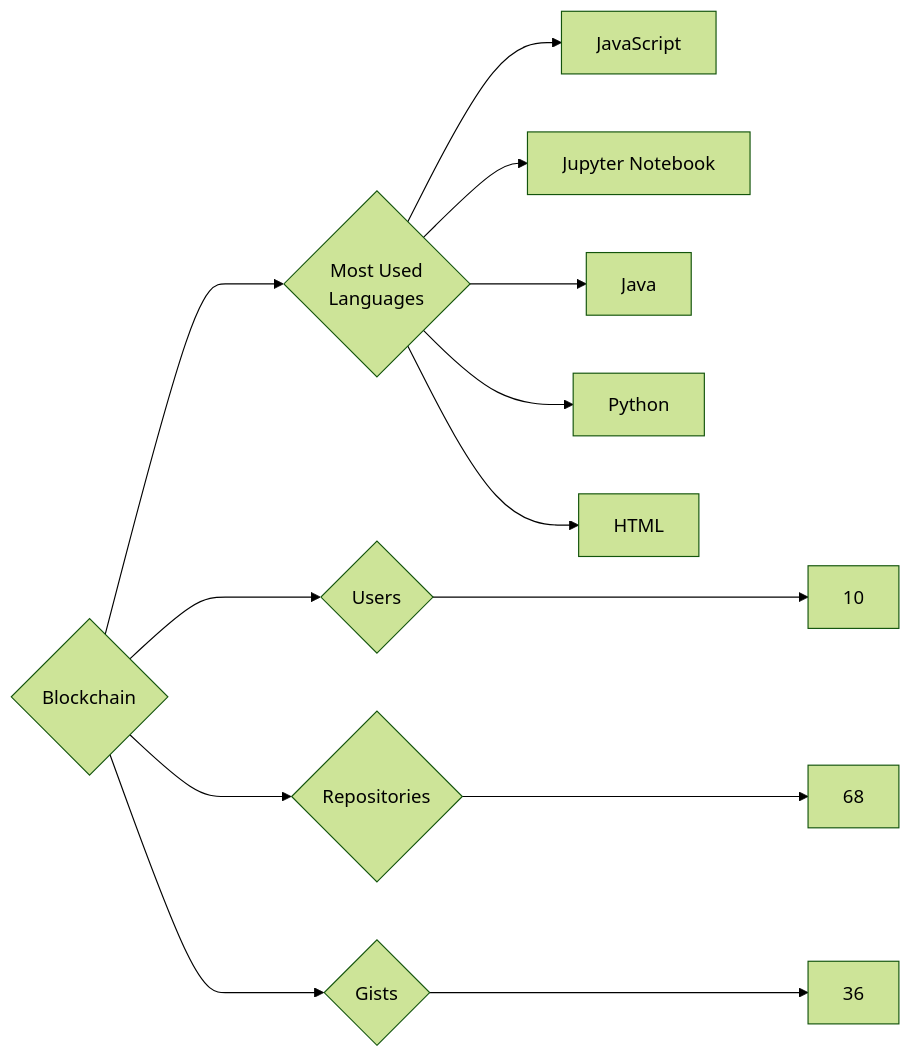
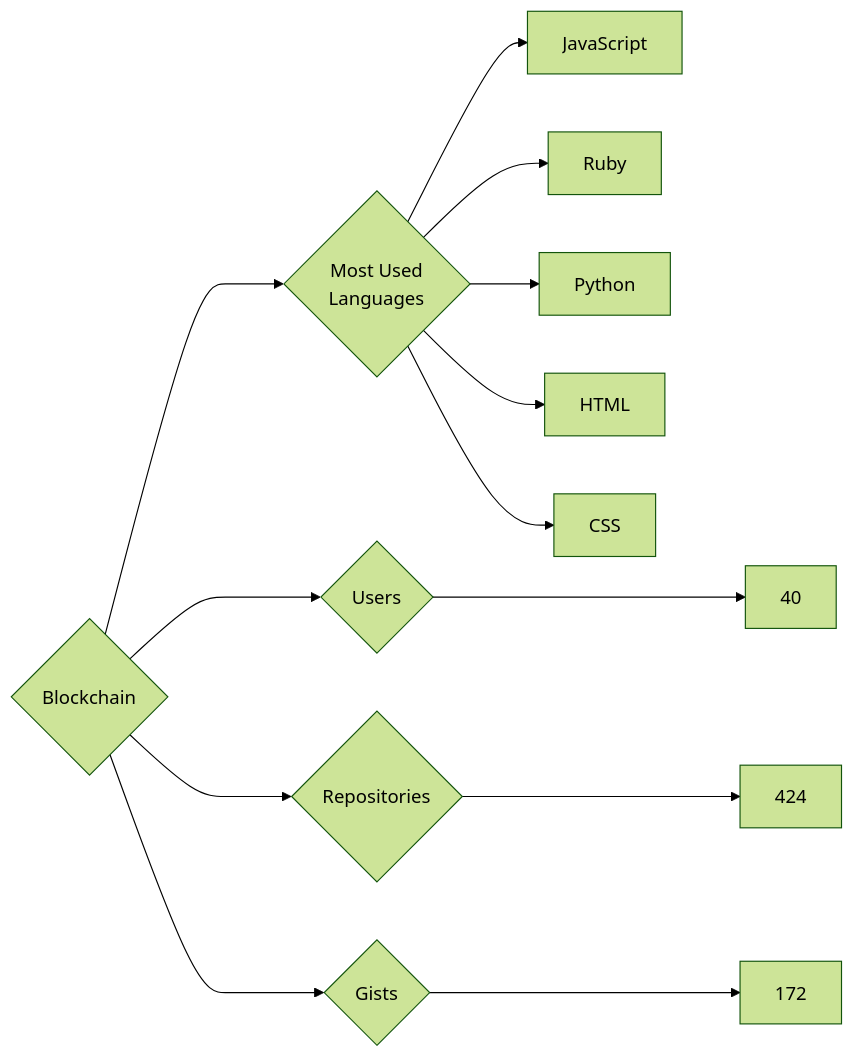
Before and after one commit to trickest/insiders: the diagram in targets/Blockchain/README.md, drawn with Mermaid (forest theme). The commit also changed 912 other files, not shown here.

````diff
--- a/targets/Blockchain/README.md
+++ b/targets/Blockchain/README.md
@@ -3,13 +3,13 @@
 ```mermaid
 graph LR
 COMPANY_NAME{Blockchain}
-COMPANY_NAME ---> U{Users} ---> UN[10]
-COMPANY_NAME ---> R{Repositories} ---> RN[68]
-COMPANY_NAME ---> G{Gists} ---> GN[36]
+COMPANY_NAME ---> U{Users} ---> UN[40]
+COMPANY_NAME ---> R{Repositories} ---> RN[424]
+COMPANY_NAME ---> G{Gists} ---> GN[172]
 COMPANY_NAME ---> ML{Most Used<br>Languages}
 ML --> JavaScript[JavaScript]
-ML --> Jupyter_Notebook[Jupyter Notebook]
-ML --> Java[Java]
+ML --> Ruby[Ruby]
 ML --> Python[Python]
 ML --> HTML[HTML]
+ML --> CSS[CSS]
 ```
````
